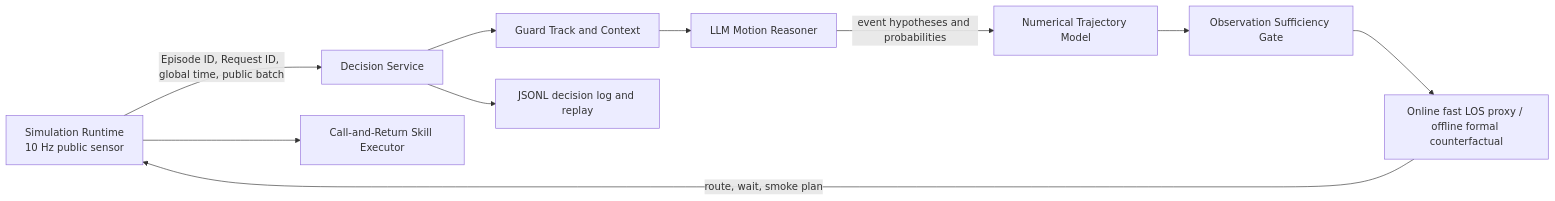
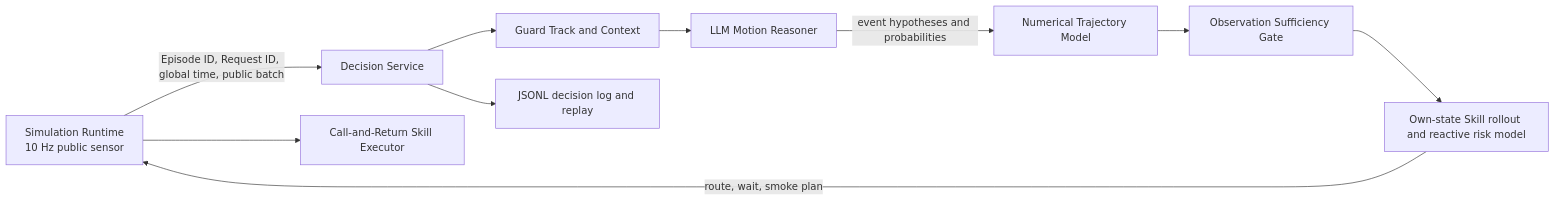
One commit to W1ndYang/QuadrupedArena changed the diagram in benchmarks/two_guard_design_v1/LLM_PREDICTION_SYSTEM_20261117.md. Above: the diagram before and after it, drawn with Mermaid. The commit also changed other lines of this file and 16 other files, not shown here.

````diff
--- a/benchmarks/two_guard_design_v1/LLM_PREDICTION_SYSTEM_20261117.md
+++ b/benchmarks/two_guard_design_v1/LLM_PREDICTION_SYSTEM_20261117.md
@@ -21,12 +21,12 @@
 ```mermaid
 flowchart LR
   S[Simulation Runtime\n10 Hz public sensor] -->|Episode ID, Request ID, global time, public batch| D[Decision Service]
   D --> T[Guard Track and Context]
   T --> L[LLM Motion Reasoner]
   L -->|event hypotheses and probabilities| N[Numerical Trajectory Model]
   N --> G[Observation Sufficiency Gate]
-  G --> O[Online fast LOS proxy / offline formal counterfactual]
+  G --> O[Own-state Skill rollout and reactive risk model]
   O -->|route, wait, smoke plan| S
   S --> X[Call-and-Return Skill Executor]
   D --> J[JSONL decision log and replay]
 ```
````
